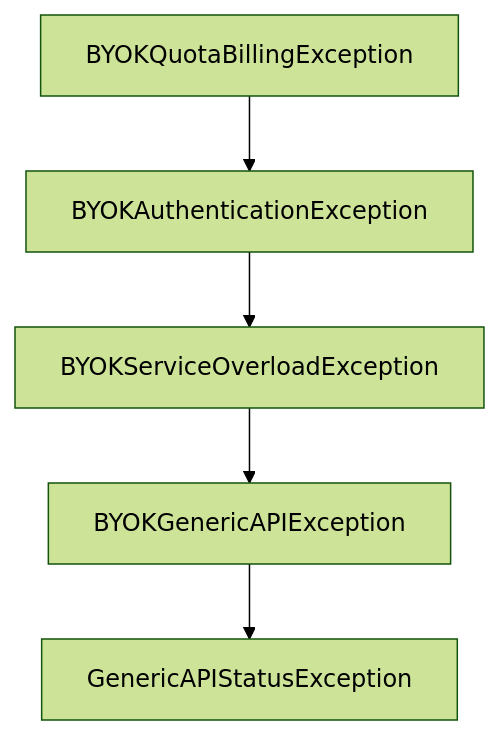
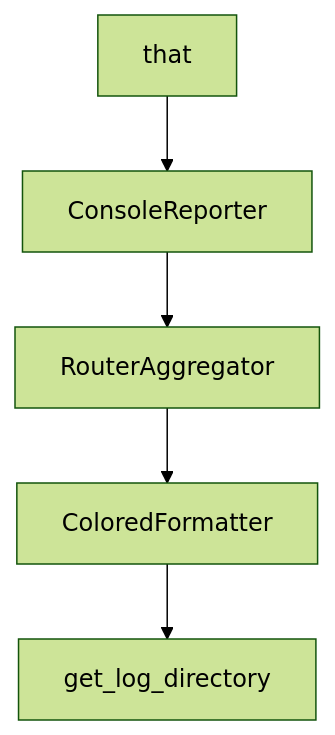
One commit to johnxie/awesome-code-docs changed the diagram in tutorials/shotgun-tutorial/06-context7-mcp-and-local-models.md. Above: the diagram before and after it, drawn with Mermaid (forest theme). The commit also changed other lines of this file and 1232 other files, not shown here.

````diff
--- a/tutorials/shotgun-tutorial/06-context7-mcp-and-local-models.md
+++ b/tutorials/shotgun-tutorial/06-context7-mcp-and-local-models.md
@@ -212,12 +210,12 @@
 ```mermaid
 flowchart TD
-    A[BYOKQuotaBillingException]
-    B[BYOKAuthenticationException]
-    C[BYOKServiceOverloadException]
-    D[BYOKGenericAPIException]
-    E[GenericAPIStatusException]
+    A[that]
+    B[ConsoleReporter]
+    C[RouterAggregator]
+    D[ColoredFormatter]
+    E[get_log_directory]
     A --> B
     B --> C
     C --> D
     D --> E
 ```
````
